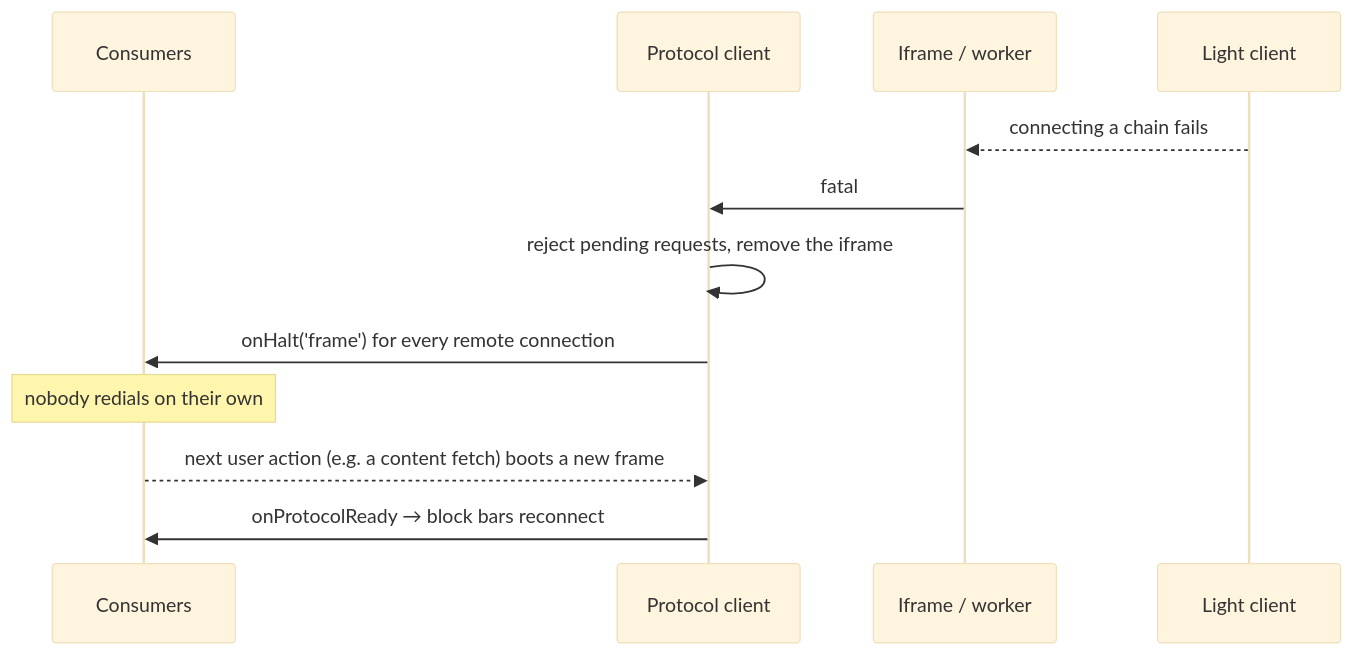
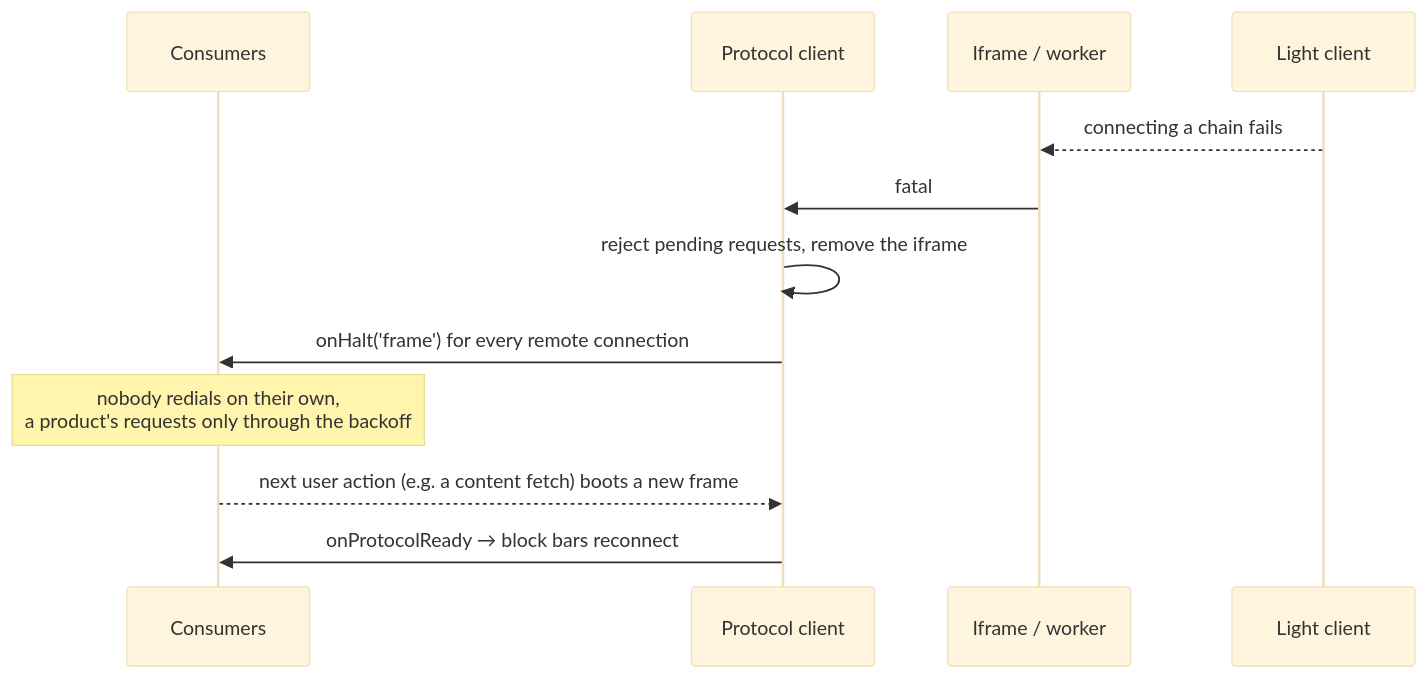
One commit to paritytech/dotli-community changed the seventh of 7 diagrams in docs/chain-connections.md. Above: the diagram before and after it, drawn with Mermaid (base theme). The commit also changed other lines of this file and 3 other files, not shown here.

Commit message:
fix(ui): a product boots a dead protocol frame again only through a backoff

````diff
--- a/docs/chain-connections.md
+++ b/docs/chain-connections.md
@@ -279,14 +281,14 @@
 ```mermaid
 sequenceDiagram
   participant Use as Consumers
   participant Cli as Protocol client
   participant Ctx as Iframe / worker
   participant LC as Light client
   LC-->>Ctx: connecting a chain fails
   Ctx->>Cli: fatal
   Cli->>Cli: reject pending requests, remove the iframe
   Cli->>Use: onHalt('frame') for every remote connection
-  Note over Use: nobody redials on their own
+  Note over Use: nobody redials on their own,<br/>a product's requests only through the backoff
   Use-->>Cli: next user action (e.g. a content fetch) boots a new frame
   Cli->>Use: onProtocolReady → block bars reconnect
 ```
````
